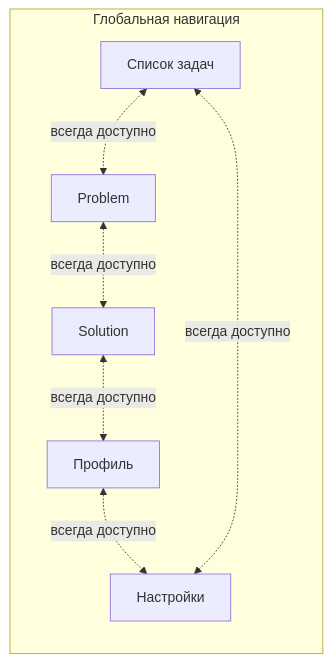
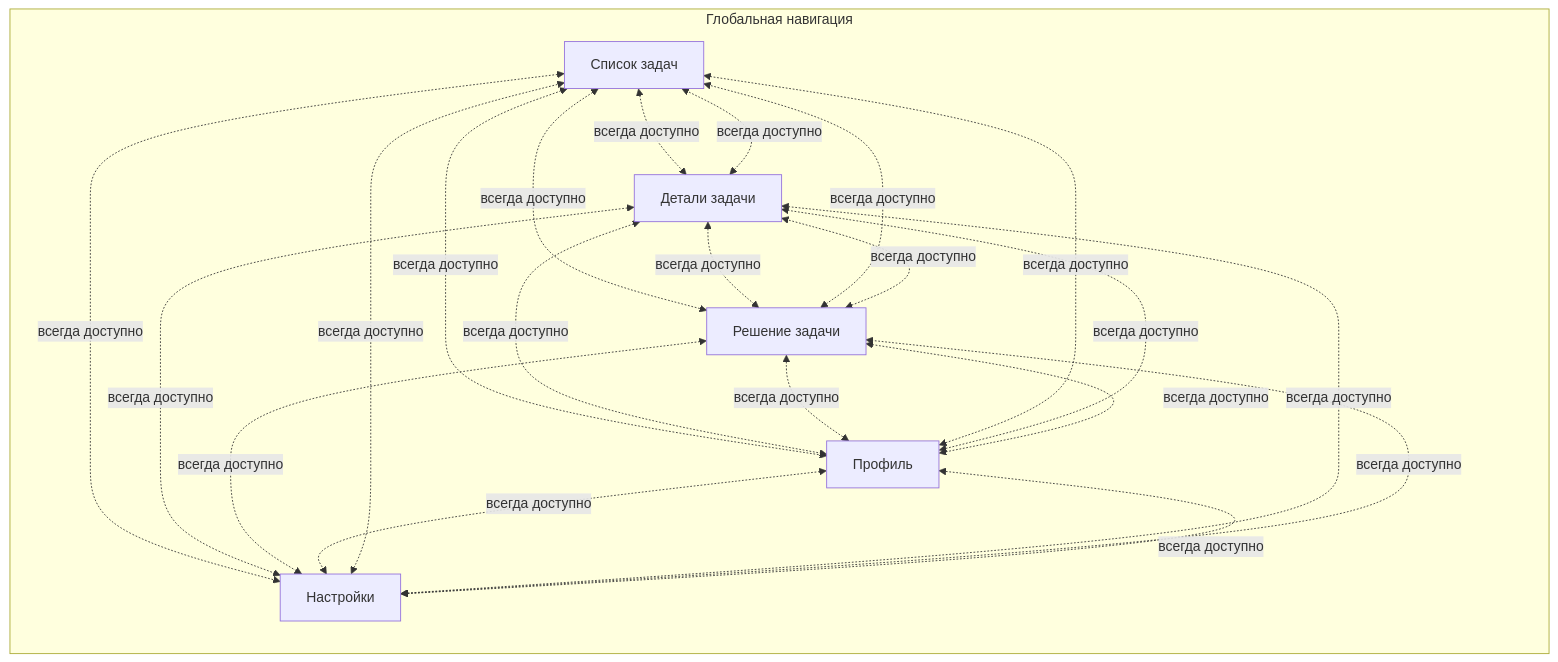
The second of 3 diagrams in ux/information_architecture/sitemap.md (A1eksMa/PracticeRaptor), drawn with Mermaid before and after one commit. The commit also changed other lines of this file, not shown here.

````diff
--- a/ux/information_architecture/sitemap.md
+++ b/ux/information_architecture/sitemap.md
@@ -153,17 +154,32 @@
 ```mermaid
 flowchart LR
     subgraph GLOBAL[Глобальная навигация]
         LIST[Список задач]
-        DETAILS[Problem]
-        SOLVE[Solution]
+        DETAILS[Детали задачи]
+        SOLVE[Решение задачи]
         PROFILE[Профиль]
         SETTINGS[Настройки]
 
     end
 
     LIST <-.->|всегда доступно| DETAILS
+    LIST <-.->|всегда доступно| SOLVE
+    LIST <-.->|всегда доступно| PROFILE
+    LIST <-.->|всегда доступно| SETTINGS
+    DETAILS <-.->|всегда доступно| LIST
     DETAILS <-.->|всегда доступно| SOLVE
+    DETAILS <-.->|всегда доступно| PROFILE
+    DETAILS <-.->|всегда доступно| SETTINGS
+    SOLVE <-.->|всегда доступно| LIST
+    SOLVE <-.->|всегда доступно| DETAILS
     SOLVE <-.->|всегда доступно| PROFILE
+    SOLVE <-.->|всегда доступно| SETTINGS
+    PROFILE <-.->|всегда доступно| LIST
+    PROFILE <-.->|всегда доступно| DETAILS
+    PROFILE <-.->|всегда доступно| SOLVE
     PROFILE <-.->|всегда доступно| SETTINGS
     SETTINGS <-.->|всегда доступно| LIST
+    SETTINGS <-.->|всегда доступно| DETAILS
+    SETTINGS <-.->|всегда доступно| SOLVE
+    SETTINGS <-.->|всегда доступно| PROFILE
 ```
````
